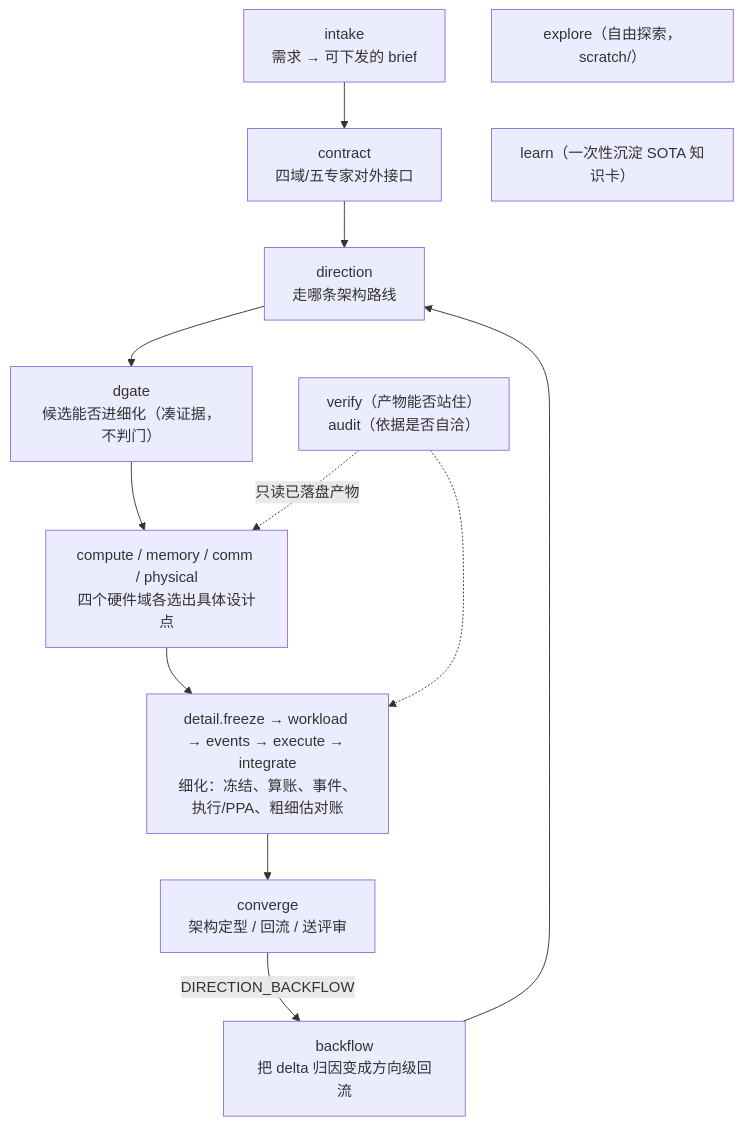
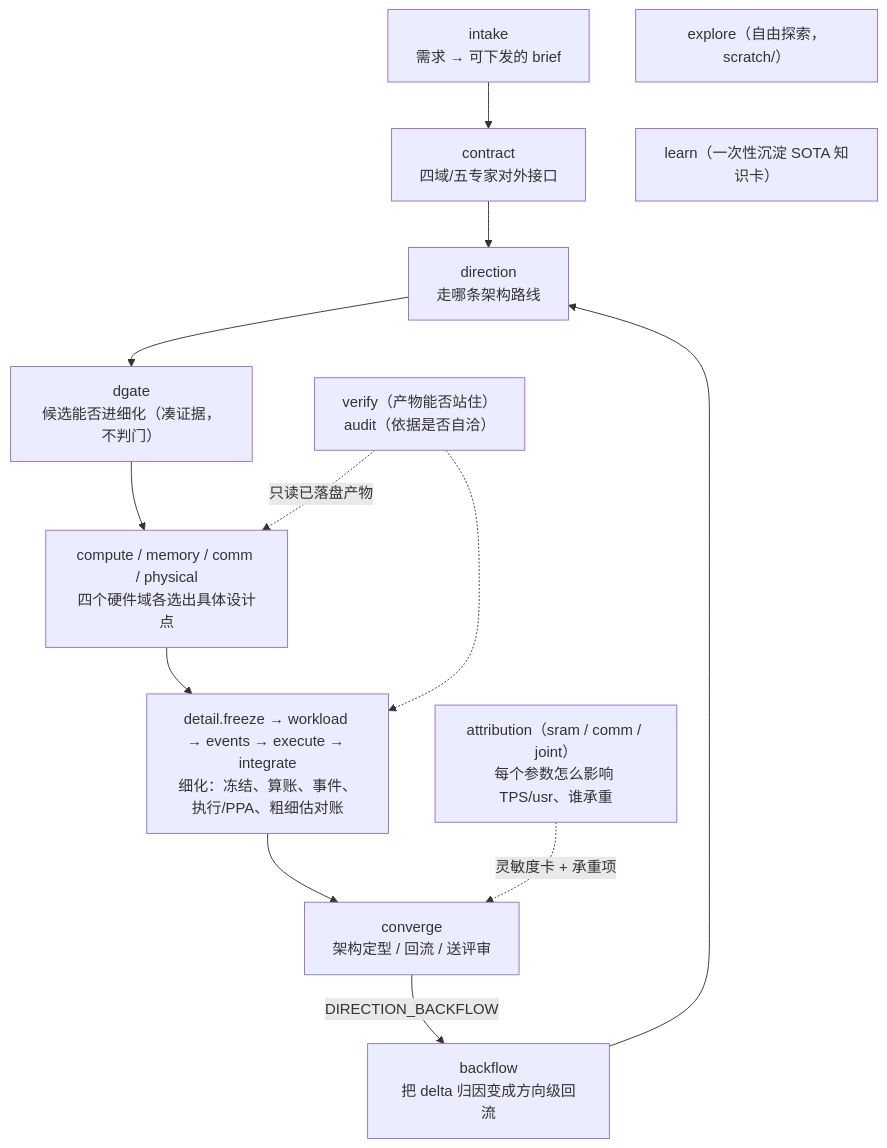
The diagram in integration/orchestration/WORKFLOWS.md (xqdan/xihu), drawn with Mermaid before and after one commit. The commit also changed other lines of this file and 25 other files, not shown here.

First line of the commit message:
Add L4 TPS/usr attribution: sensitivity cards, expert review workflow, mechanical citation and number checks

````diff
--- a/integration/orchestration/WORKFLOWS.md
+++ b/integration/orchestration/WORKFLOWS.md
@@ -13,14 +13,15 @@
 ```mermaid
 flowchart TB
   IN["intake<br/>需求 → 可下发的 brief"] --> CT["contract<br/>四域/五专家对外接口"]
   CT --> DIR["direction<br/>走哪条架构路线"]
   DIR --> DG["dgate<br/>候选能否进细化（凑证据，不判门）"]
   DG --> C["compute / memory / comm / physical<br/>四个硬件域各选出具体设计点"]
   C --> D0["detail.freeze → workload → events → execute → integrate<br/>细化：冻结、算账、事件、执行/PPA、粗细估对账"]
   D0 --> CV["converge<br/>架构定型 / 回流 / 送评审"]
+  AT["attribution（sram / comm / joint）<br/>每个参数怎么影响 TPS/usr、谁承重"] -.->|"灵敏度卡 + 承重项"| CV
   CV -->|"DIRECTION_BACKFLOW"| BF["backflow<br/>把 delta 归因变成方向级回流"]
   BF --> DIR
   VF["verify（产物能否站住）<br/>audit（依据是否自洽）"] -.->|"只读已落盘产物"| C
   VF -.-> D0
   EX["explore（自由探索，scratch/）"] ~~~ LN["learn（一次性沉淀 SOTA 知识卡）"]
 ```
````
